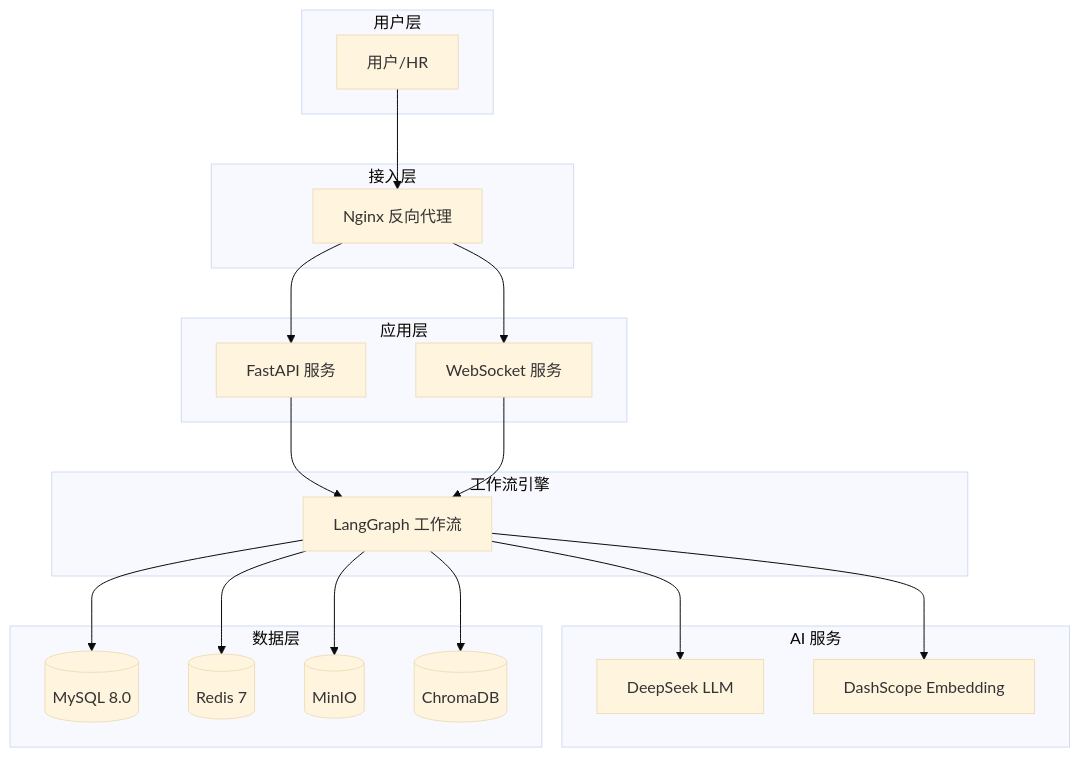
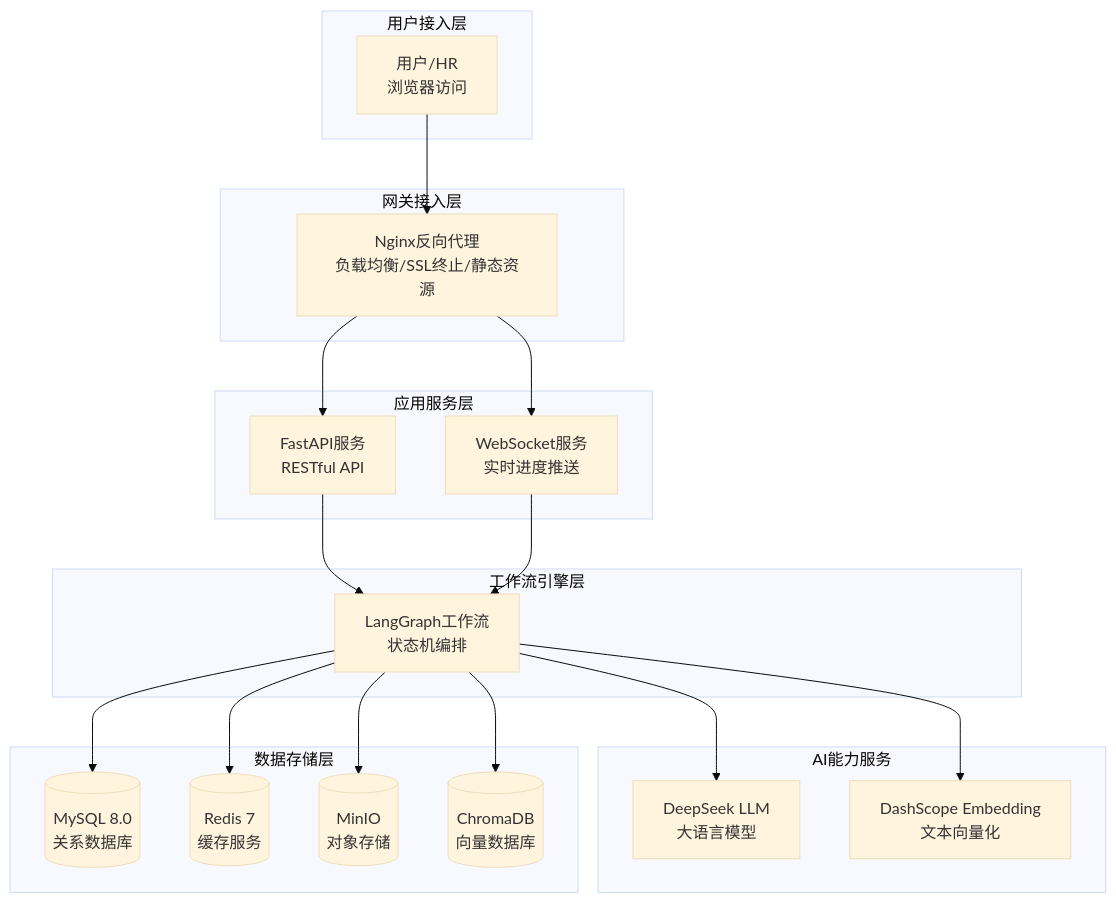
The fourth of 14 diagrams in README.md (xt765/ResumeScreening), drawn with Mermaid (base theme) before and after one commit. The commit also changed other lines of this file and 2 other files, not shown here.

First line of the commit message:
docs: README添加详细文字讲解，实现图文并茂

````diff
--- a/README.md
+++ b/README.md
@@ -124,43 +161,43 @@
 ```mermaid
 graph TB
-    subgraph 用户层
-        User[用户/HR]
+    subgraph 用户层["用户接入层"]
+        User[用户/HR<br/>浏览器访问]
     end
     
-    subgraph 接入层
-        Nginx[Nginx 反向代理]
+    subgraph 接入层["网关接入层"]
+        Nginx[Nginx反向代理<br/>负载均衡/SSL终止/静态资源]
     end
     
-    subgraph 应用层
-        API[FastAPI 服务]
-        WSS[WebSocket 服务]
+    subgraph 应用层["应用服务层"]
+        API[FastAPI服务<br/>RESTful API]
+        WSS[WebSocket服务<br/>实时进度推送]
     end
     
-    subgraph 工作流引擎
-        WF[LangGraph 工作流]
+    subgraph 工作流引擎["工作流引擎层"]
+        WF[LangGraph工作流<br/>状态机编排]
     end
     
-    subgraph AI 服务
-        LLM[DeepSeek LLM]
-        EMB[DashScope Embedding]
+    subgraph AI服务["AI能力服务"]
+        LLM[DeepSeek LLM<br/>大语言模型]
+        EMB[DashScope Embedding<br/>文本向量化]
     end
     
-    subgraph 数据层
-        DB[(MySQL 8.0)]
-        Cache[(Redis 7)]
-        OSS[(MinIO)]
-        Vec[(ChromaDB)]
+    subgraph 数据层["数据存储层"]
+        DB[(MySQL 8.0<br/>关系数据库)]
+        Cache[(Redis 7<br/>缓存服务)]
+        OSS[(MinIO<br/>对象存储)]
+        Vec[(ChromaDB<br/>向量数据库)]
     end
     
     User --> Nginx
     Nginx --> API
     Nginx --> WSS
     API --> WF
     WSS --> WF
     WF --> LLM
     WF --> EMB
     WF --> DB
     WF --> Cache
     WF --> OSS
     WF --> Vec
 ```
````
